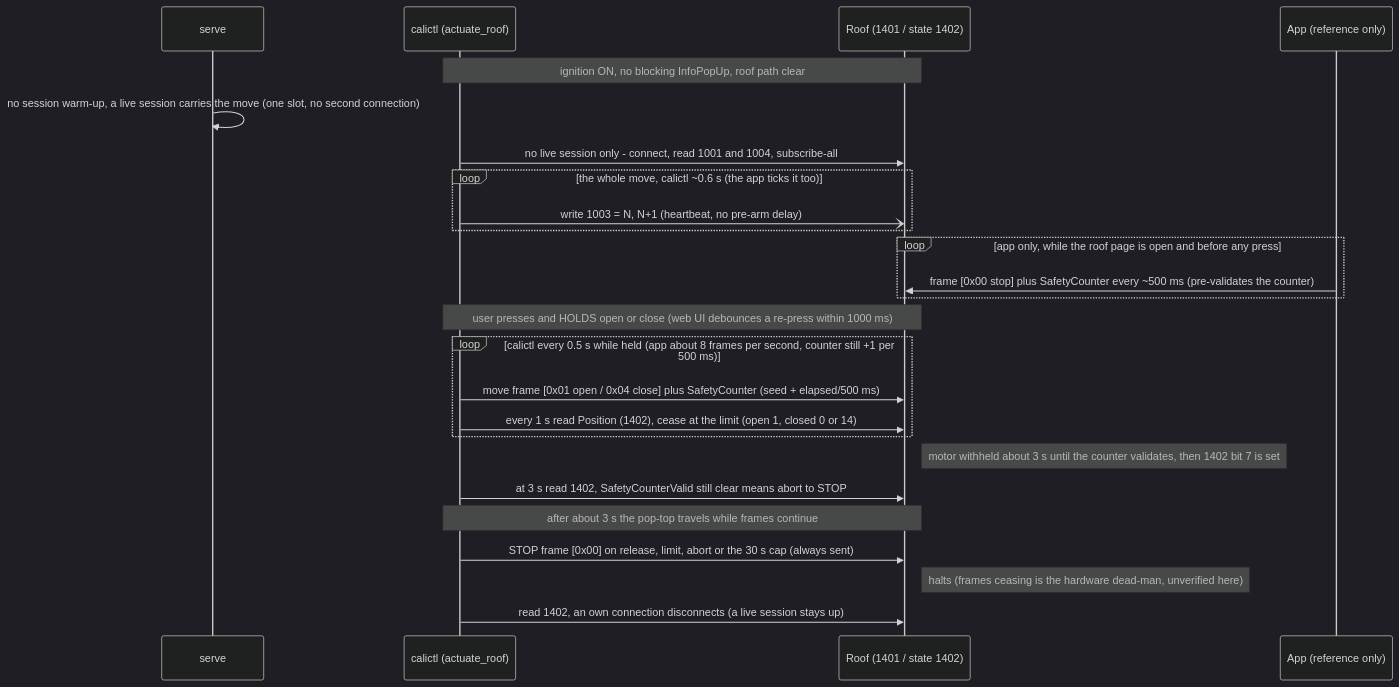
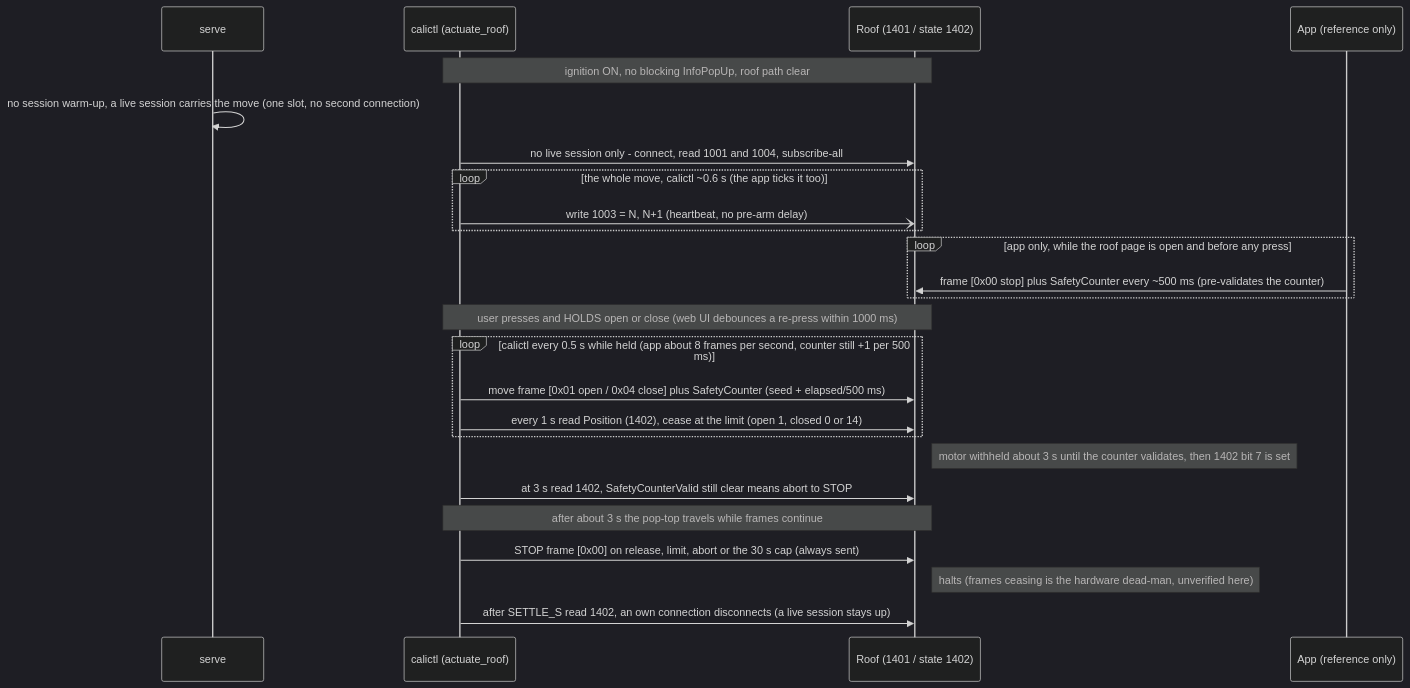
The ninth of 17 diagrams in docs/protocol-sequences.rst (ckeller42/open-california), drawn with Mermaid (dark theme) before and after one commit. The commit also changed other lines of this file and 9 other files, not shown here.

First line of the commit message:
docs: audit the protocol sequence diagrams against the code and add the missing flows

```diff
--- a/docs/protocol-sequences.rst
+++ b/docs/protocol-sequences.rst
@@ -566,27 +824,27 @@
 .. mermaid::
 
     sequenceDiagram
         participant S as serve
         participant C as calictl (actuate_roof)
         participant U as Roof (1401 / state 1402)
         participant A as App (reference only)
         Note over C,U: ignition ON, no blocking InfoPopUp, roof path clear
         S->>S: no session warm-up, a live session carries the move (one slot, no second connection)
         C->>U: no live session only - connect, read 1001 and 1004, subscribe-all
         loop the whole move, calictl ~0.6 s (the app ticks it too)
             C-)U: write 1003 = N, N+1 (heartbeat, no pre-arm delay)
         end
         loop app only, while the roof page is open and before any press
             A->>U: frame [0x00 stop] plus SafetyCounter every ~500 ms (pre-validates the counter)
         end
         Note over C,U: user presses and HOLDS open or close (web UI debounces a re-press within 1000 ms)
         loop calictl every 0.5 s while held (app about 8 frames per second, counter still +1 per 500 ms)
             C->>U: move frame [0x01 open / 0x04 close] plus SafetyCounter (seed + elapsed/500 ms)
             C->>U: every 1 s read Position (1402), cease at the limit (open 1, closed 0 or 14)
         end
         Note right of U: motor withheld about 3 s until the counter validates, then 1402 bit 7 is set
         C->>U: at 3 s read 1402, SafetyCounterValid still clear means abort to STOP
         Note over C,U: after about 3 s the pop-top travels while frames continue
         C->>U: STOP frame [0x00] on release, limit, abort or the 30 s cap (always sent)
         Note right of U: halts (frames ceasing is the hardware dead-man, unverified here)
-        C->>U: read 1402, an own connection disconnects (a live session stays up)
+        C->>U: after SETTLE_S read 1402, an own connection disconnects (a live session stays up)
```
